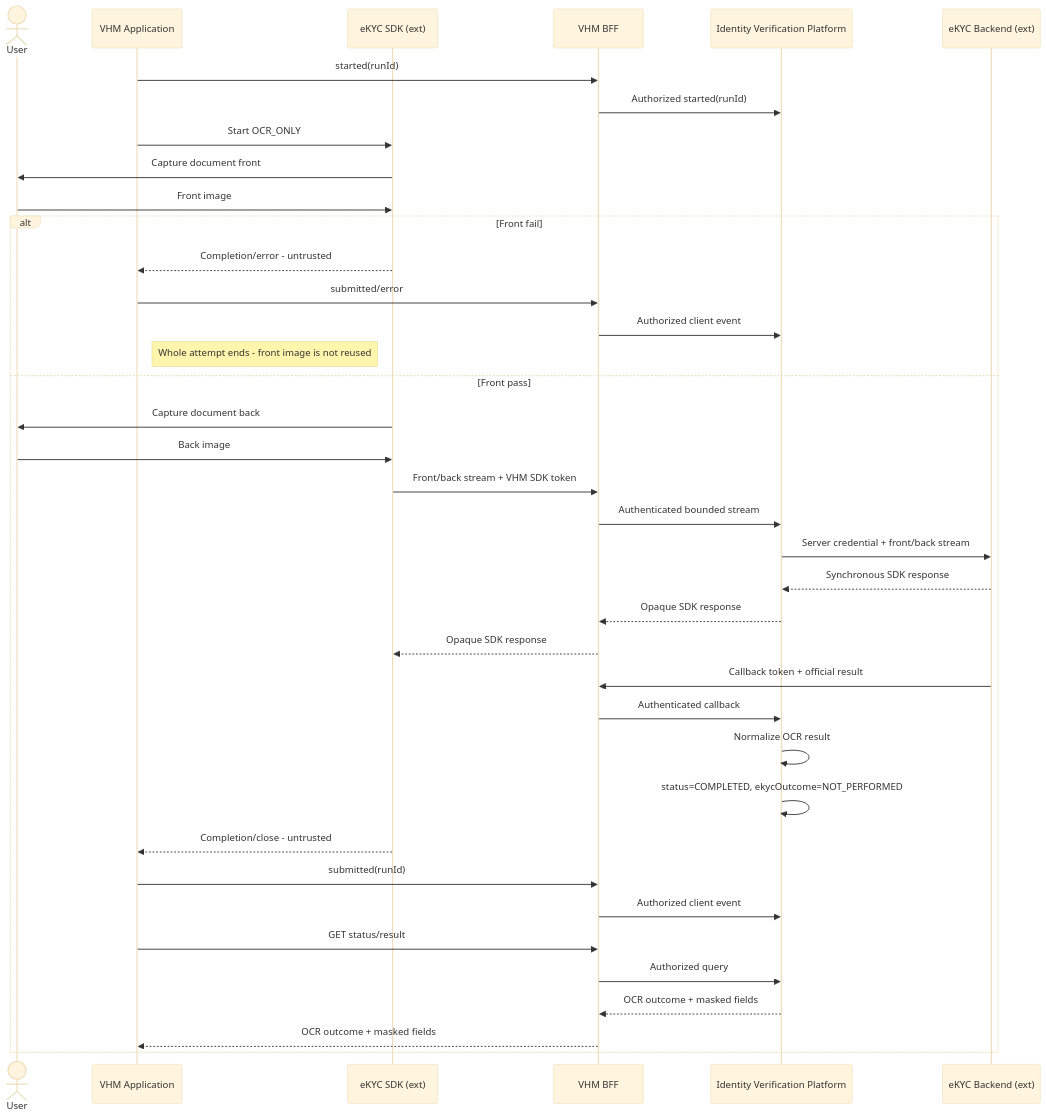
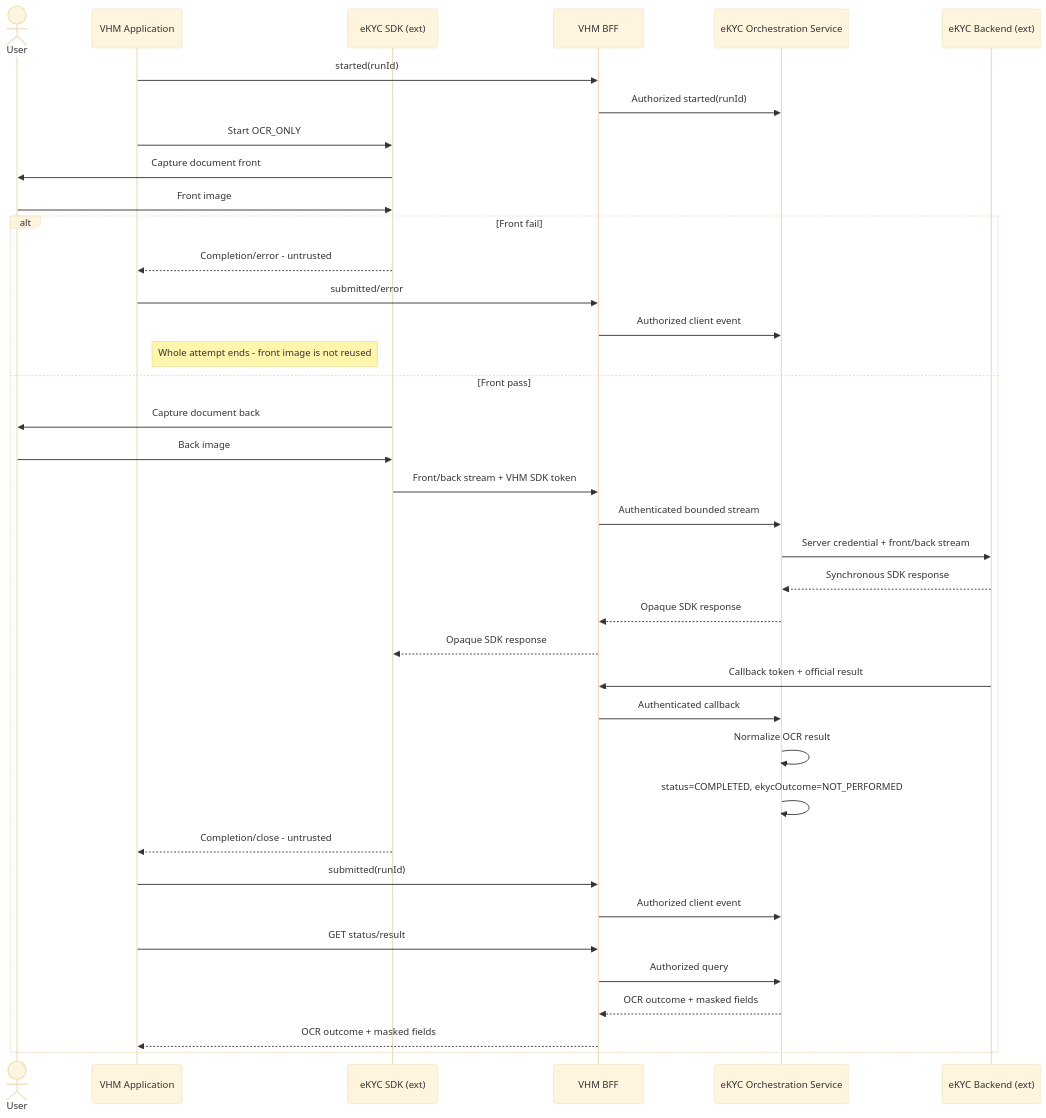
Before and after one commit to huynv-xyz/vhm: the tenth of 16 diagrams in README.md, drawn with Mermaid (base theme). The commit also changed other lines of this file, not shown here.

````diff
--- a/README.md
+++ b/README.md
@@ -1077,40 +1080,40 @@
 ```mermaid
 sequenceDiagram
     actor User
     participant APP as VHM Application
     participant SDK as eKYC SDK (ext)
     participant BFF as VHM BFF
-    participant IV as Identity Verification Platform
+    participant Orchestrator as eKYC Orchestration Service
     participant BACKEND as eKYC Backend (ext)
     APP->>BFF: started(runId)
-    BFF->>IV: Authorized started(runId)
+    BFF->>Orchestrator: Authorized started(runId)
     APP->>SDK: Start OCR_ONLY
     SDK->>User: Capture document front
     User->>SDK: Front image
     alt Front fail
         SDK-->>APP: Completion/error - untrusted
         APP->>BFF: submitted/error
-        BFF->>IV: Authorized client event
+        BFF->>Orchestrator: Authorized client event
         Note right of APP: Whole attempt ends - front image is not reused
     else Front pass
         SDK->>User: Capture document back
         User->>SDK: Back image
         SDK->>BFF: Front/back stream + VHM SDK token
-        BFF->>IV: Authenticated bounded stream
-        IV->>BACKEND: Server credential + front/back stream
-        BACKEND-->>IV: Synchronous SDK response
-        IV-->>BFF: Opaque SDK response
+        BFF->>Orchestrator: Authenticated bounded stream
+        Orchestrator->>BACKEND: Server credential + front/back stream
+        BACKEND-->>Orchestrator: Synchronous SDK response
+        Orchestrator-->>BFF: Opaque SDK response
         BFF-->>SDK: Opaque SDK response
         BACKEND->>BFF: Callback token + official result
-        BFF->>IV: Authenticated callback
-        IV->>IV: Normalize OCR result
-        IV->>IV: status=COMPLETED, ekycOutcome=NOT_PERFORMED
+        BFF->>Orchestrator: Authenticated callback
+        Orchestrator->>Orchestrator: Normalize OCR result
+        Orchestrator->>Orchestrator: status=COMPLETED, ekycOutcome=NOT_PERFORMED
         SDK-->>APP: Completion/close - untrusted
         APP->>BFF: submitted(runId)
-        BFF->>IV: Authorized client event
+        BFF->>Orchestrator: Authorized client event
         APP->>BFF: GET status/result
-        BFF->>IV: Authorized query
-        IV-->>BFF: OCR outcome + masked fields
+        BFF->>Orchestrator: Authorized query
+        Orchestrator-->>BFF: OCR outcome + masked fields
         BFF-->>APP: OCR outcome + masked fields
     end
 ```
````
